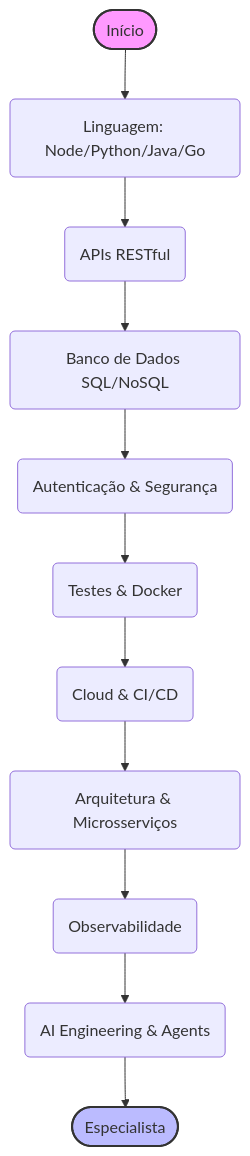
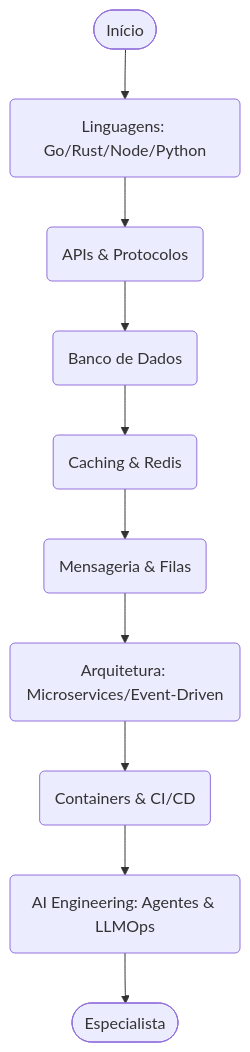
Before and after one commit to juninmd/roadmap-developer: the diagram in roadmaps/backend/backend.md, drawn with Mermaid. The commit also changed other lines of this file and 2 other files, not shown here.

First line of the commit message:
docs: condense roadmaps and refine content for 2026

````diff
--- a/roadmaps/backend/backend.md
+++ b/roadmaps/backend/backend.md
@@ -5,16 +5,12 @@
 ```mermaid
 flowchart TD
-    Start([Início]) --> Lang(Linguagem: Node/Python/Java/Go)
-    Lang --> API(APIs RESTful)
-    API --> DB(Banco de Dados SQL/NoSQL)
-    DB --> Auth(Autenticação & Segurança)
-    Auth --> Test(Testes & Docker)
-    Test --> Cloud(Cloud & CI/CD)
-    Cloud --> Arch(Arquitetura & Microsserviços)
-    Arch --> Obs(Observabilidade)
-    Obs --> AI(AI Engineering & Agents)
+    Start([Início]) --> Lang(Linguagens: Go/Rust/Node/Python)
+    Lang --> API(APIs & Protocolos)
+    API --> DB(Banco de Dados)
+    DB --> Cache(Caching & Redis)
+    Cache --> Async(Mensageria & Filas)
+    Async --> Arch(Arquitetura: Microservices/Event-Driven)
+    Arch --> DevOps(Containers & CI/CD)
+    DevOps --> AI(AI Engineering: Agentes & LLMOps)
     AI --> Spec([Especialista])
-
-    style Start fill:#f9f,stroke:#333,stroke-width:2px
-    style Spec fill:#bbf,stroke:#333,stroke-width:2px
 ```
````
